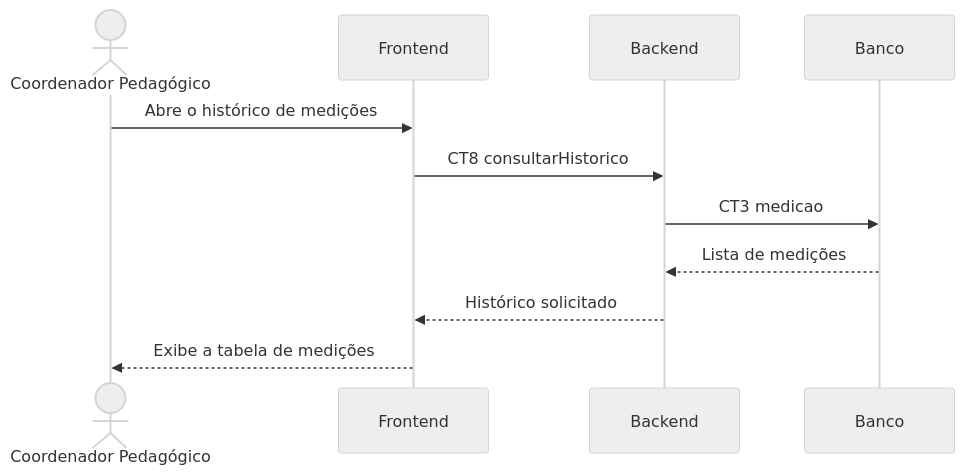
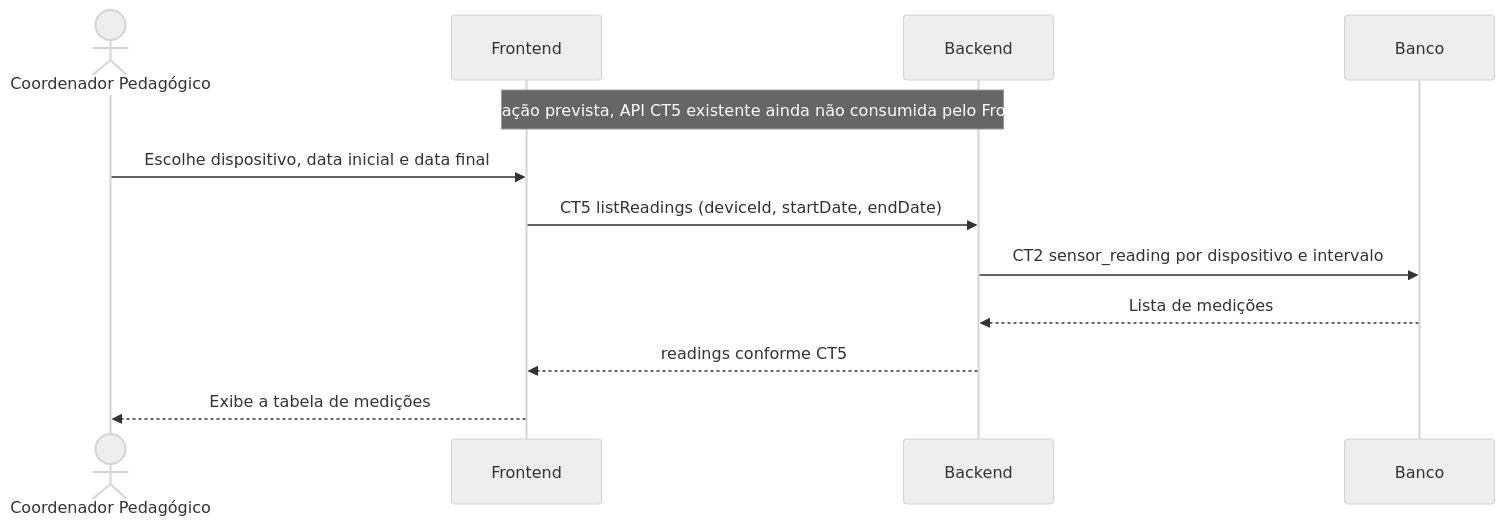
The diagram in docs/fluxos/E6-consulta-das-medicoes.md (VitorBergantin/pi4-0102-g9), drawn with Mermaid (neutral theme) before and after one commit. The commit also changed other lines of this file and 6 other files, not shown here.

````diff
--- a/docs/fluxos/E6-consulta-das-medicoes.md
+++ b/docs/fluxos/E6-consulta-das-medicoes.md
@@ -16,13 +18,14 @@
 ```mermaid
 sequenceDiagram
     actor Coordenador as Coordenador Pedagógico
     participant Frontend
     participant Backend
     participant Banco
-    Coordenador->>Frontend: Abre o histórico de medições
-    Frontend->>Backend: CT8 consultarHistorico
-    Backend->>Banco: CT3 medicao
+    Note over Frontend,Backend: Integração prevista, API CT5 existente ainda não consumida pelo Frontend
+    Coordenador->>Frontend: Escolhe dispositivo, data inicial e data final
+    Frontend->>Backend: CT5 listReadings (deviceId, startDate, endDate)
+    Backend->>Banco: CT2 sensor_reading por dispositivo e intervalo
     Banco-->>Backend: Lista de medições
-    Backend-->>Frontend: Histórico solicitado
+    Backend-->>Frontend: readings conforme CT5
     Frontend-->>Coordenador: Exibe a tabela de medições
 ```
````
